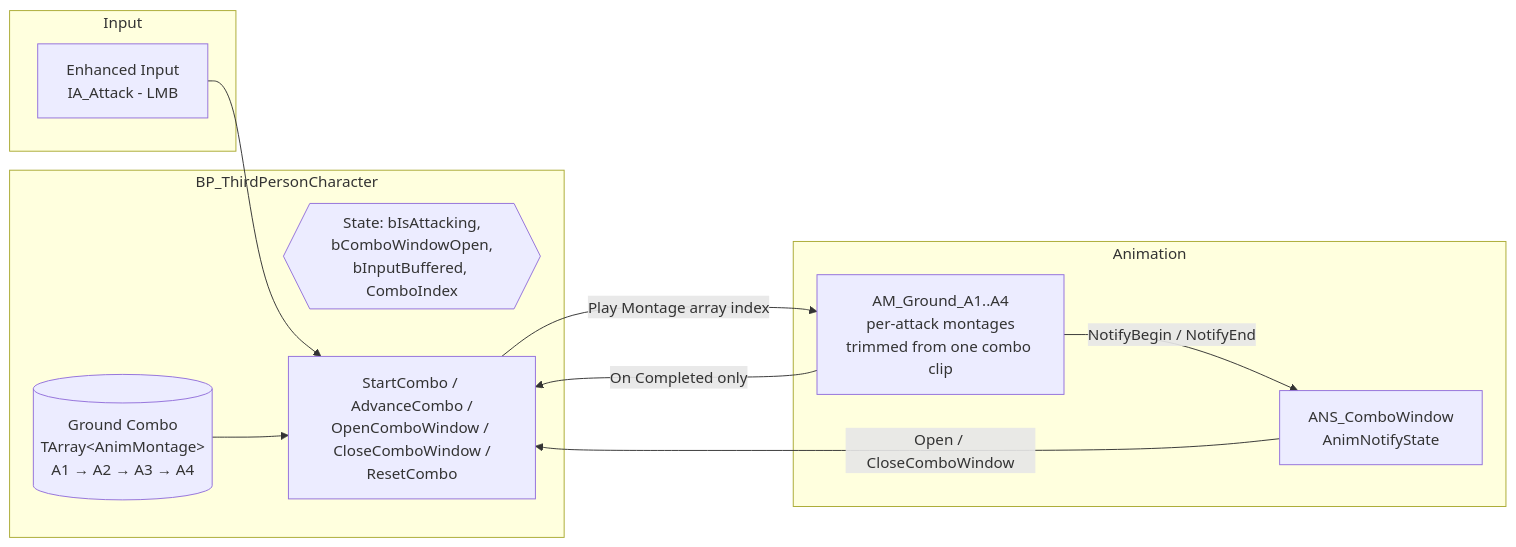
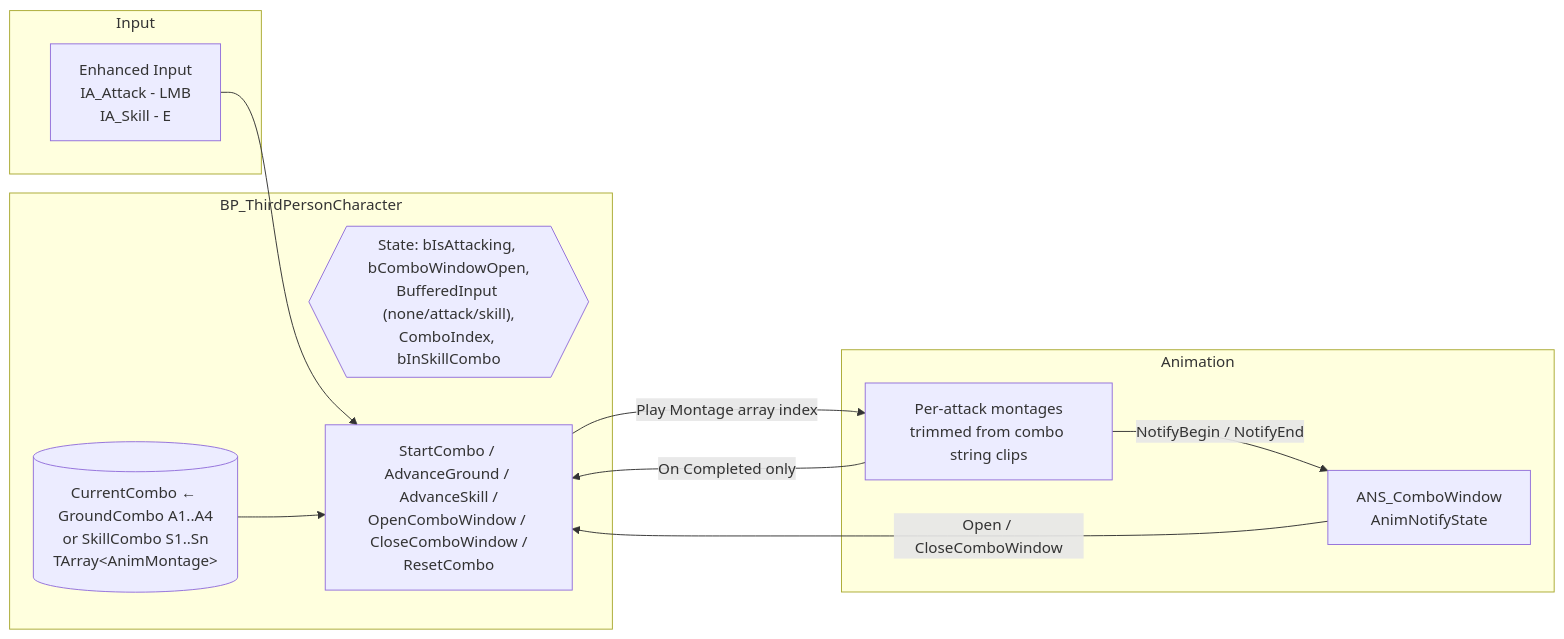
The diagram in Docs/TechnicalDocument.md (NNNguyen3912/atherlabs_tes1), drawn with Mermaid before and after one commit. The commit also changed other lines of this file and 30 other files, not shown here.

First line of the commit message:
feat: E skill combo with distinct move set + flavor-aware input buffering

````diff
--- a/Docs/TechnicalDocument.md
+++ b/Docs/TechnicalDocument.md
@@ -16,21 +16,21 @@
 ```mermaid
 flowchart LR
   subgraph Input
-    IA[Enhanced Input<br/>IA_Attack - LMB]
+    IA[Enhanced Input<br/>IA_Attack - LMB<br/>IA_Skill - E]
   end
   subgraph Character[BP_ThirdPersonCharacter]
-    ST{{"State: bIsAttacking,<br/>bComboWindowOpen,<br/>bInputBuffered, ComboIndex"}}
-    ARR[("Ground Combo<br/>TArray&lt;AnimMontage&gt;<br/>A1 → A2 → A3 → A4")]
-    EV[StartCombo / AdvanceCombo /<br/>OpenComboWindow / CloseComboWindow /<br/>ResetCombo]
+    ST{{"State: bIsAttacking, bComboWindowOpen,<br/>BufferedInput (none/attack/skill),<br/>ComboIndex, bInSkillCombo"}}
+    ARR[("CurrentCombo ← GroundCombo A1..A4<br/>or SkillCombo S1..Sn<br/>TArray&lt;AnimMontage&gt;")]
+    EV[StartCombo / AdvanceGround / AdvanceSkill /<br/>OpenComboWindow / CloseComboWindow /<br/>ResetCombo]
   end
   subgraph Animation
-    M1[AM_Ground_A1..A4<br/>per-attack montages<br/>trimmed from one combo clip]
+    M1[Per-attack montages<br/>trimmed from combo string clips]
     NS[ANS_ComboWindow<br/>AnimNotifyState]
   end
   IA --> EV
   EV -->|Play Montage array index| M1
   M1 -->|NotifyBegin / NotifyEnd| NS
   NS -->|Open / CloseComboWindow| EV
   M1 -->|On Completed only| EV
   ARR --> EV
 ```
````
